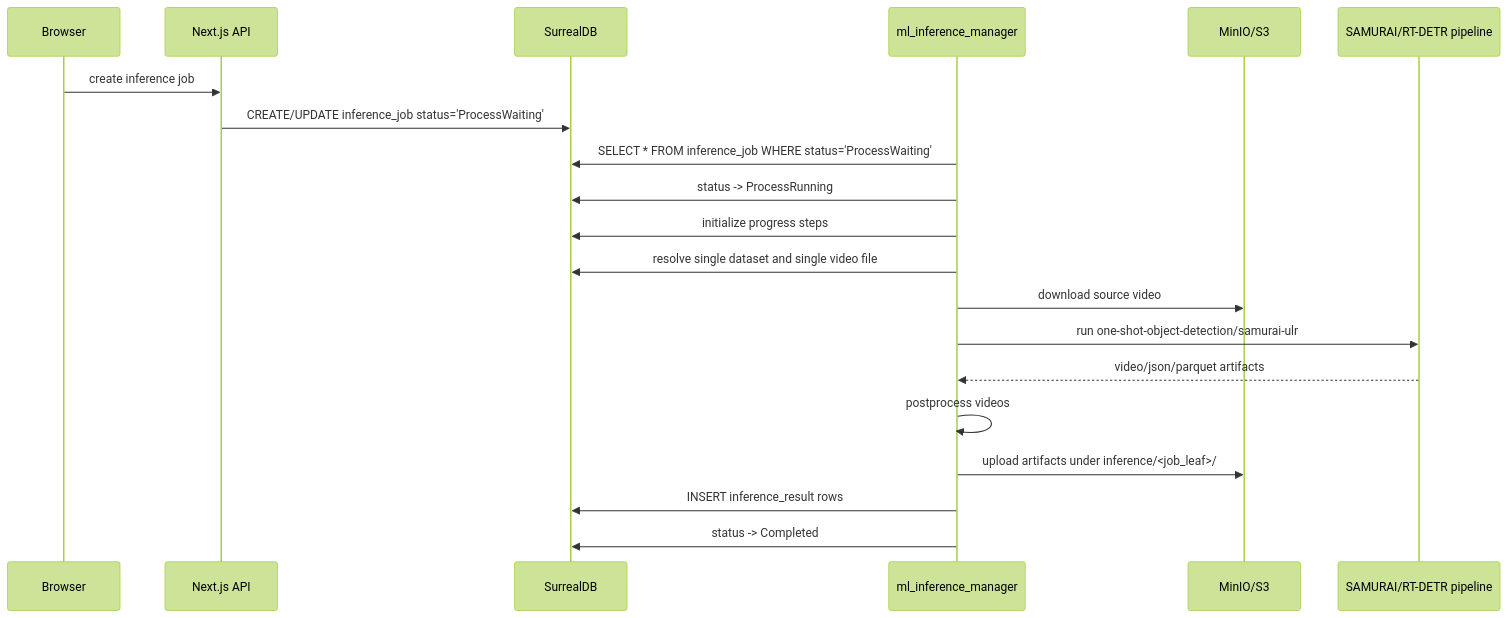
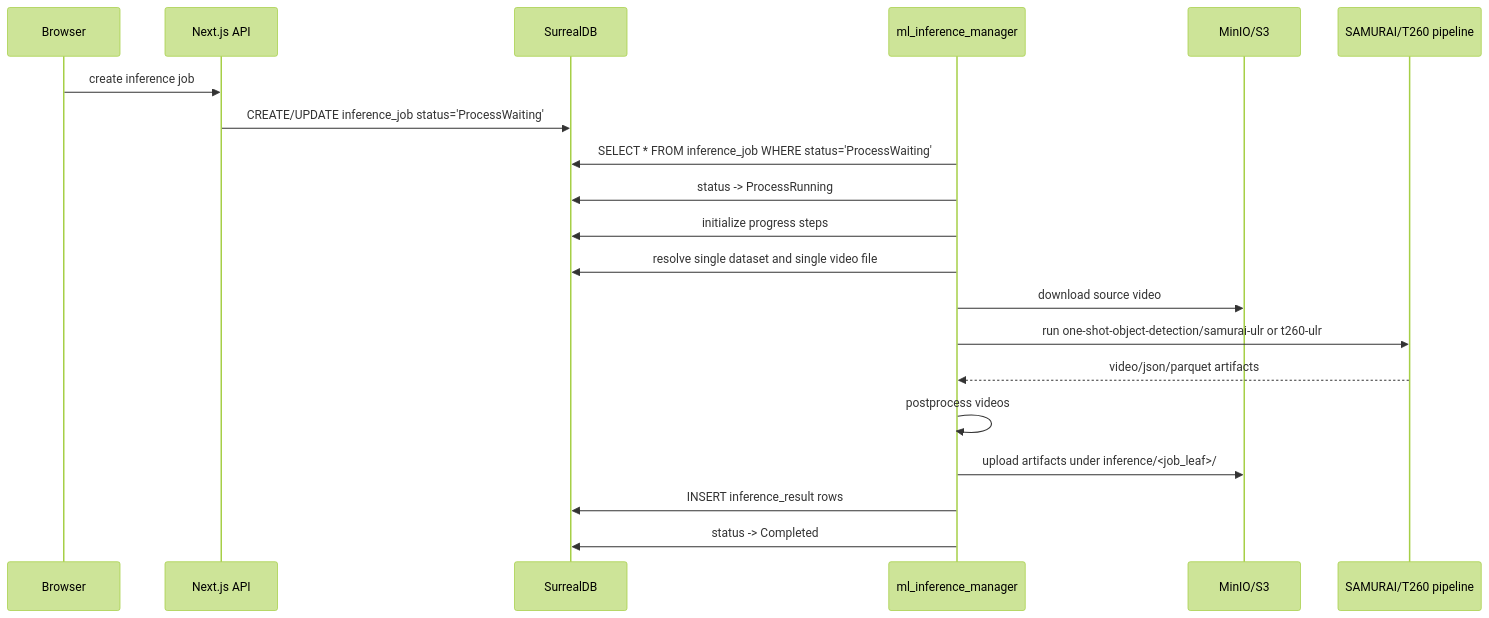
One commit to takanotaiga/mlops-cloud-dev changed the seventh of 8 diagrams in ARCHITECTURE.md. Above: the diagram before and after it, drawn with Mermaid (forest theme). The commit also changed other lines of this file and 4 other files, not shown here.

````diff
--- a/ARCHITECTURE.md
+++ b/ARCHITECTURE.md
@@ -497,23 +497,23 @@
 ```mermaid
 sequenceDiagram
   participant B as Browser
   participant UI as Next.js API
   participant DB as SurrealDB
   participant IM as ml_inference_manager
   participant S3 as MinIO/S3
-  participant Model as SAMURAI/RT-DETR pipeline
+  participant Model as SAMURAI/T260 pipeline
 
   B->>UI: create inference job
   UI->>DB: CREATE/UPDATE inference_job status='ProcessWaiting'
   IM->>DB: SELECT * FROM inference_job WHERE status='ProcessWaiting'
   IM->>DB: status -> ProcessRunning
   IM->>DB: initialize progress steps
   IM->>DB: resolve single dataset and single video file
   IM->>S3: download source video
-  IM->>Model: run one-shot-object-detection/samurai-ulr
+  IM->>Model: run one-shot-object-detection/samurai-ulr or t260-ulr
   Model-->>IM: video/json/parquet artifacts
   IM->>IM: postprocess videos
   IM->>S3: upload artifacts under inference/<job_leaf>/
   IM->>DB: INSERT inference_result rows
   IM->>DB: status -> Completed
 ```
````
